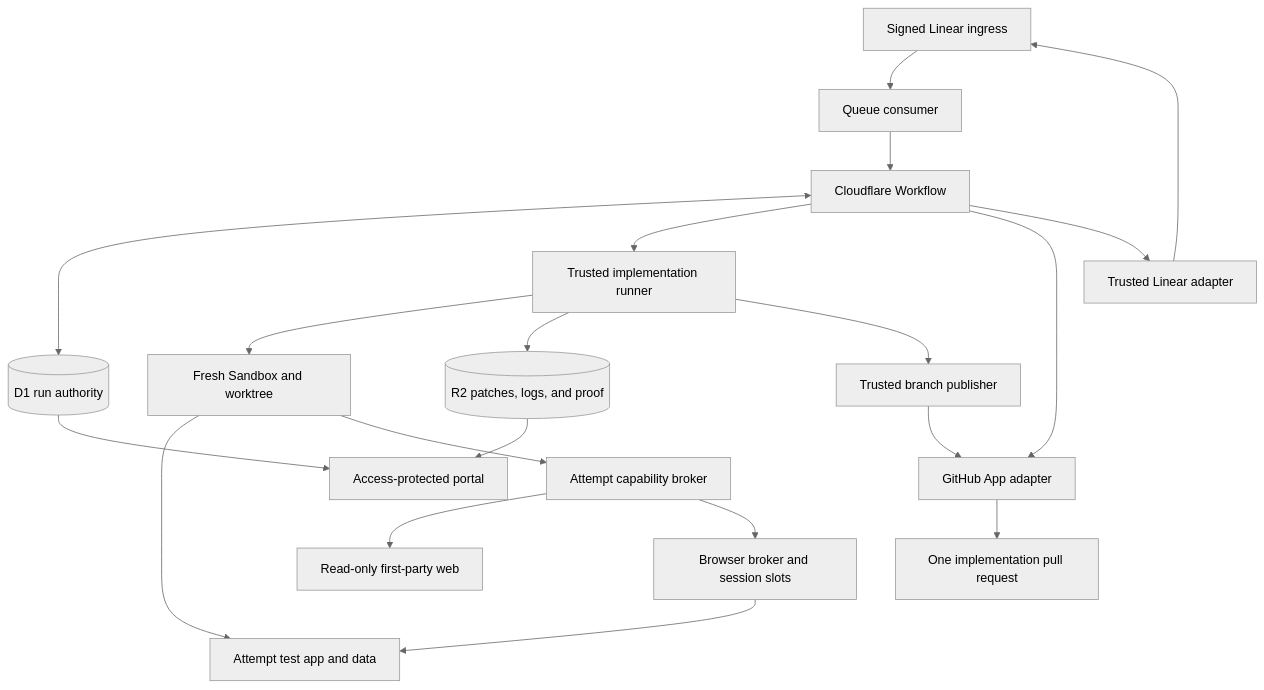
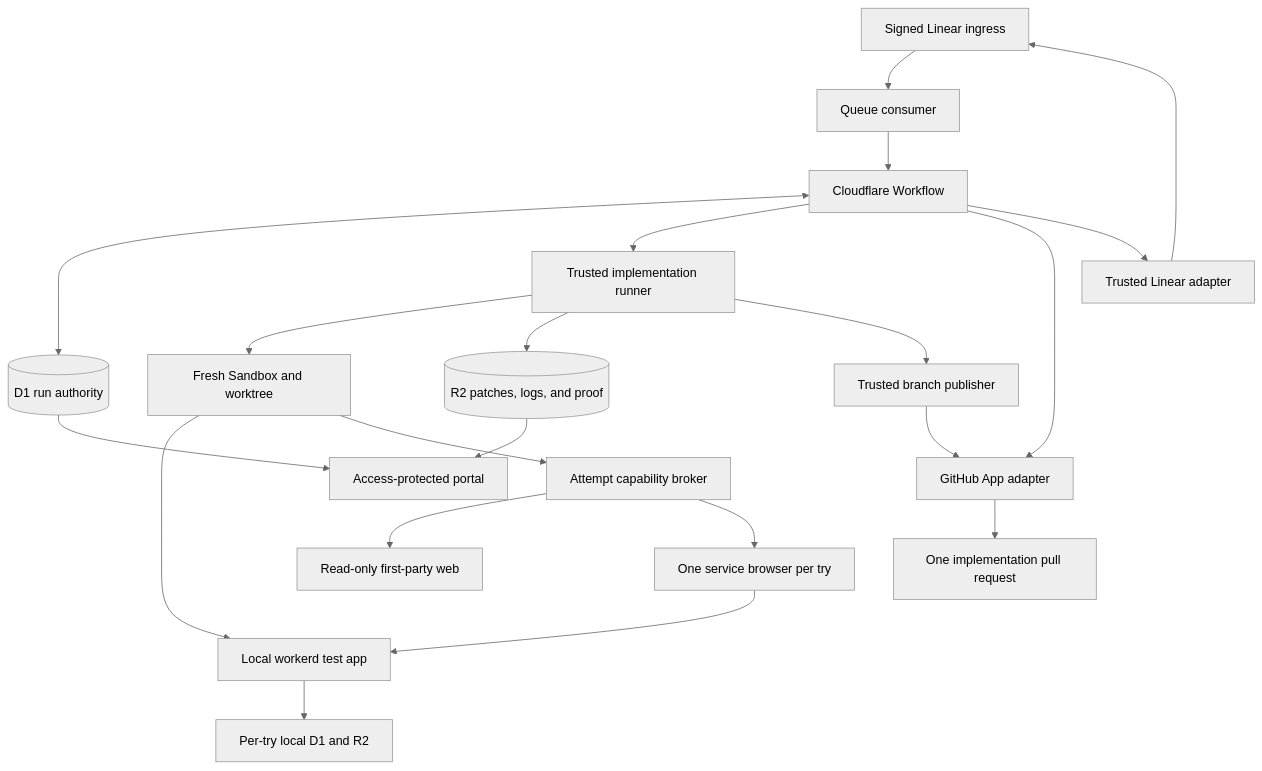
The first of 3 diagrams in openspec/changes/sac-172/design.md (sachinkundu/deos), drawn with Mermaid (neutral theme) before and after one commit. The commit also changed other lines of this file, not shown here.

````diff
--- a/openspec/changes/sac-172/design.md
+++ b/openspec/changes/sac-172/design.md
@@ -47,22 +47,23 @@
 ```mermaid
 flowchart TB
     LI[Signed Linear ingress] --> Q[Queue consumer]
     Q --> WF[Cloudflare Workflow]
     WF <--> D1[(D1 run authority)]
     WF --> TR[Trusted implementation runner]
     TR --> SB[Fresh Sandbox and worktree]
-    SB --> APP[Attempt test app and data]
+    SB --> APP[Local workerd test app]
+    APP --> DATA[Per-try local D1 and R2]
     SB --> CAP[Attempt capability broker]
     CAP --> DOC[Read-only first-party web]
-    CAP --> BR[Browser broker and session slots]
+    CAP --> BR[One service browser per try]
     BR --> APP
     TR --> R2[(R2 patches, logs, and proof)]
     TR --> BP[Trusted branch publisher]
     BP --> GH[GitHub App adapter]
     WF --> GH
     WF --> LR[Trusted Linear adapter]
     LR --> LI
     GH --> PR[One implementation pull request]
     D1 --> PORTAL[Access-protected portal]
     R2 --> PORTAL
 ```
````
